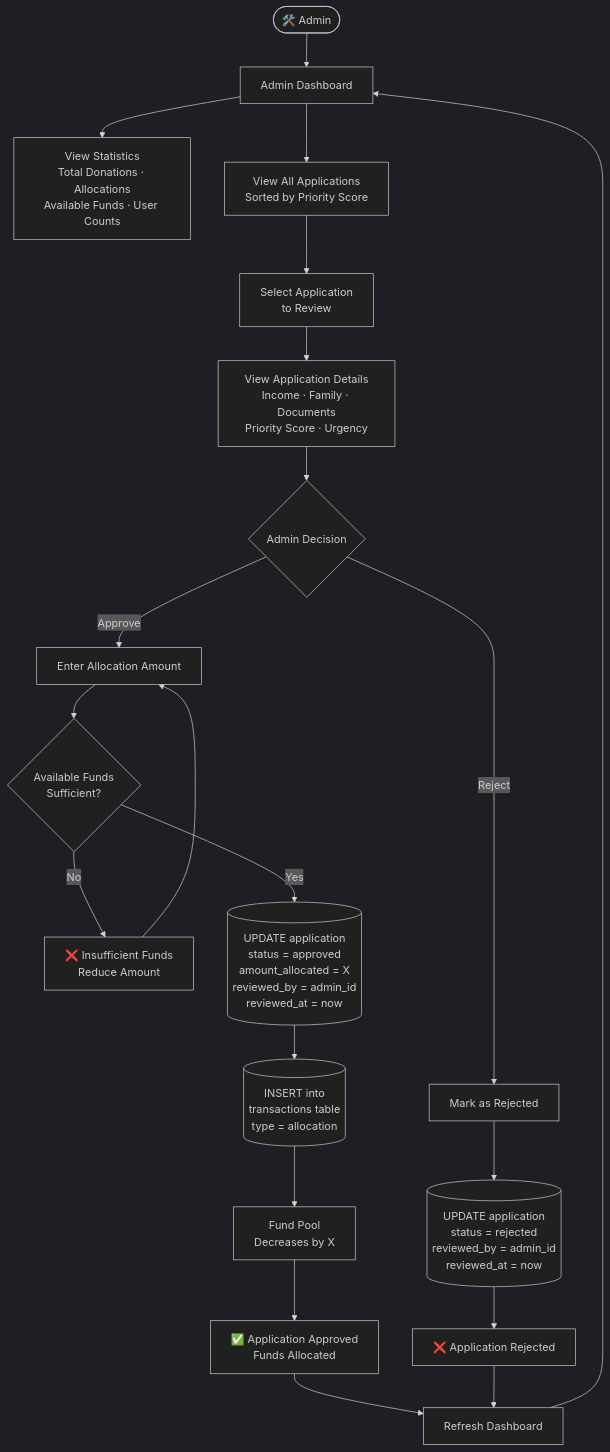
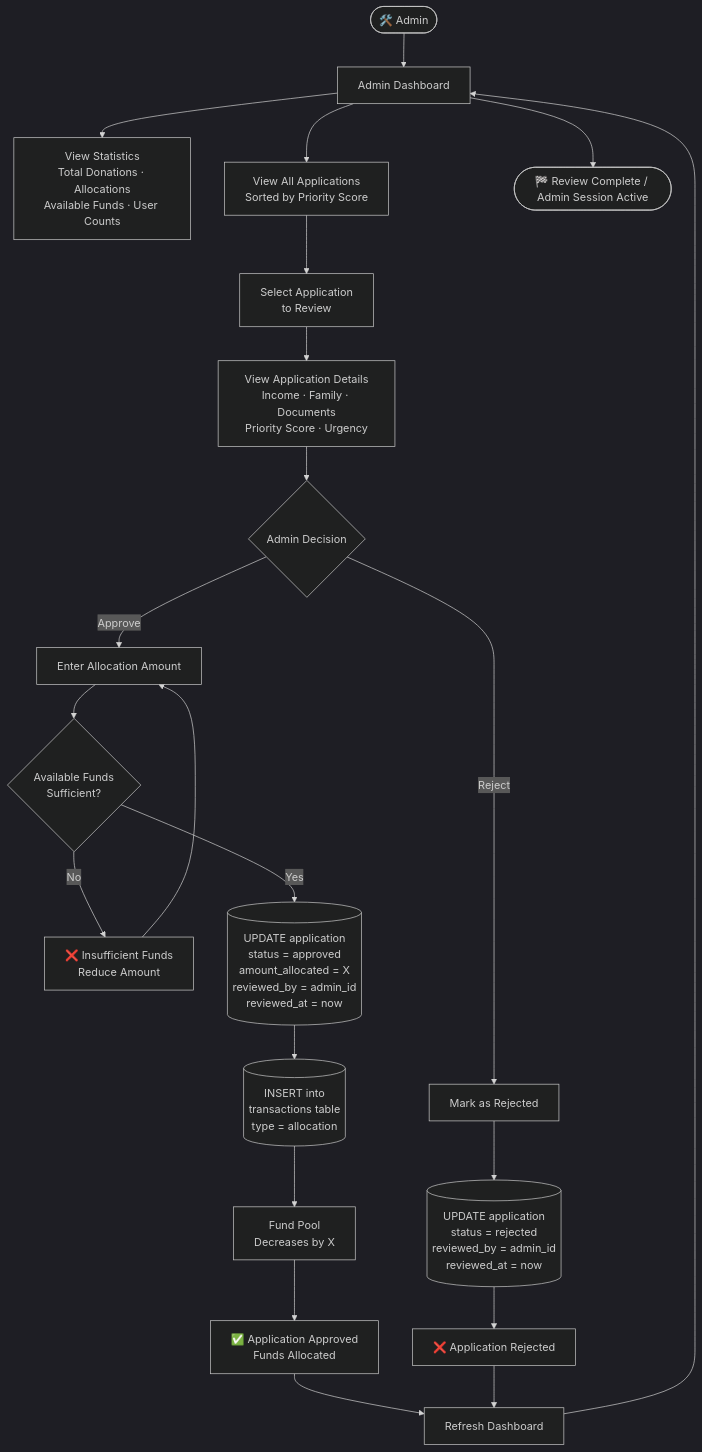
The sixth of 8 diagrams in docs/flow-diagram.md (erabdurrahman/financial_resourse_managment_for_social-_wlefare), drawn with Mermaid (dark theme) before and after one commit. The commit also changed other lines of this file, not shown here.

First line of the commit message:
Add end terminal nodes to all flow diagrams in docs/flow-diagram.md

````diff
--- a/docs/flow-diagram.md
+++ b/docs/flow-diagram.md
@@ -196,27 +220,29 @@
 ```mermaid
 flowchart TD
     Admin([🛠️ Admin]) --> Dashboard[Admin Dashboard]
     Dashboard --> ViewStats[View Statistics\nTotal Donations · Allocations\nAvailable Funds · User Counts]
     Dashboard --> ViewApps[View All Applications\nSorted by Priority Score]
 
     ViewApps --> SelectApp[Select Application\nto Review]
     SelectApp --> ViewDetails[View Application Details\nIncome · Family · Documents\nPriority Score · Urgency]
 
     ViewDetails --> Decision{Admin Decision}
     Decision -- Approve --> EnterAmt[Enter Allocation Amount]
     EnterAmt --> CheckFunds{Available Funds\nSufficient?}
     CheckFunds -- No --> InsufficientFunds[❌ Insufficient Funds\nReduce Amount]
     InsufficientFunds --> EnterAmt
     CheckFunds -- Yes --> UpdateApp[(UPDATE application\nstatus = approved\namount_allocated = X\nreviewed_by = admin_id\nreviewed_at = now)]
     UpdateApp --> CreateTx[(INSERT into\ntransactions table\ntype = allocation)]
     CreateTx --> DeductPool[Fund Pool\nDecreases by X]
     DeductPool --> NotifySuccess[✅ Application Approved\nFunds Allocated]
 
     Decision -- Reject --> RejectReason[Mark as Rejected]
     RejectReason --> UpdateRejected[(UPDATE application\nstatus = rejected\nreviewed_by = admin_id\nreviewed_at = now)]
     UpdateRejected --> NotifyRejected[❌ Application Rejected]
 
     NotifySuccess --> RefreshDash[Refresh Dashboard]
     NotifyRejected --> RefreshDash
     RefreshDash --> Dashboard
+
+    Dashboard --> AdminEnd([🏁 Review Complete / Admin Session Active])
 ```
````
